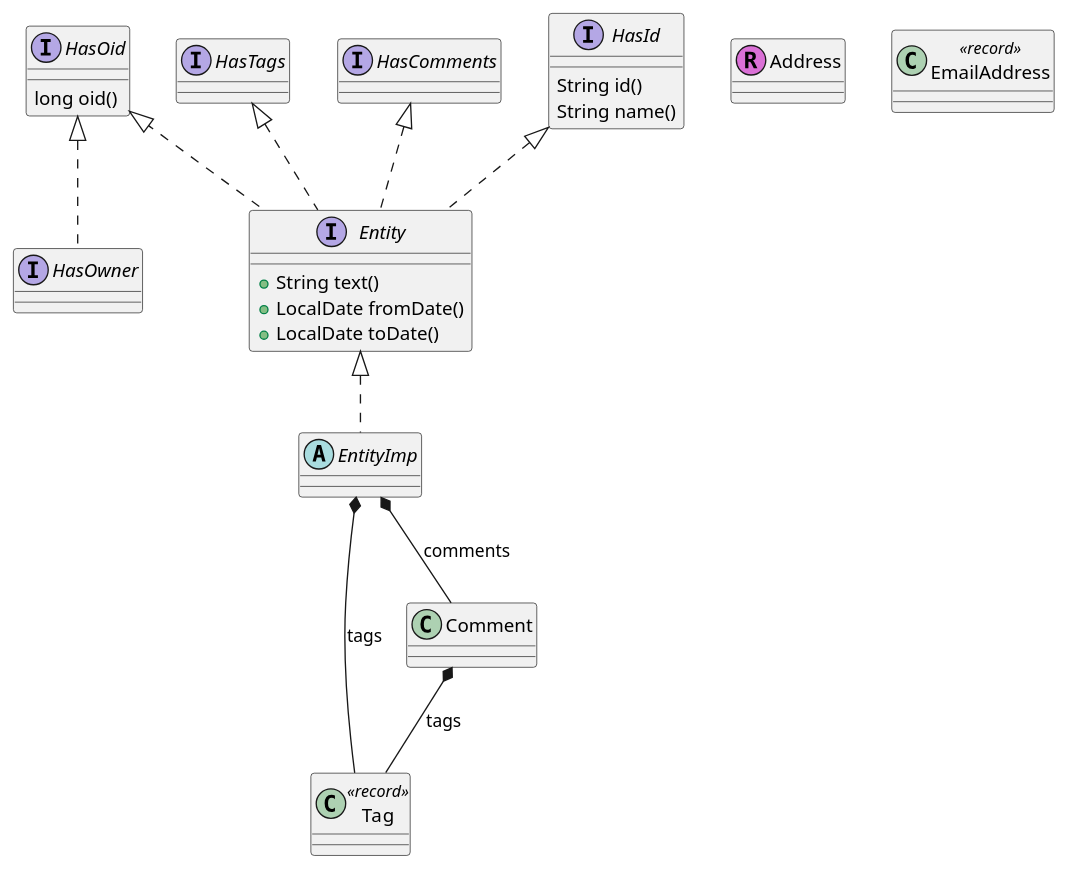
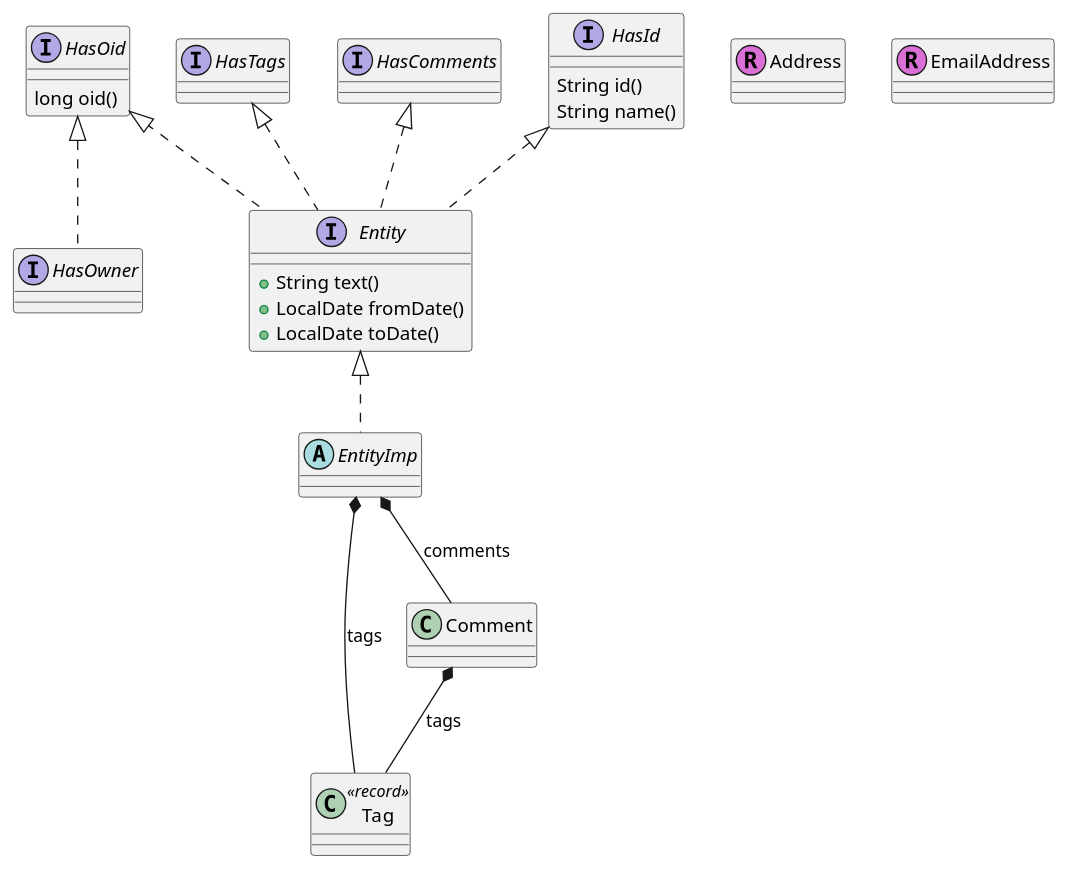
One commit to tangly-team/tangly-os changed the second of 6 diagrams in net.tangly.bus/src/site/businessModels.adoc. Above: the diagram before and after it, drawn with PlantUML. The commit also changed 236 other files, not shown here.

```diff
--- a/net.tangly.bus/src/site/businessModels.adoc
+++ b/net.tangly.bus/src/site/businessModels.adoc
@@ -82,51 +82,51 @@
 [plantuml,bus-core-uml,svg]
 ....
 @startuml
 
 interface HasId {
     String id()
     String name()
 }
 
 interface HasOid {
     long oid()
 }
 
 interface HasTags {}
 
 interface HasComments {}
 
 interface HasOwner {}
 
 HasOid <|.. HasOwner
 
 interface Entity {
     + String text()
     + LocalDate fromDate()
     + LocalDate toDate()
 }
 
 HasOid <|.. Entity
 HasId <|.. Entity
 HasTags <|.. Entity
 HasComments <|.. Entity
 
 abstract class EntityImp {}
 
 EntityImp *-- Tag : tags
 EntityImp *-- Comment : comments
 
 Entity <|.. EntityImp
 
 class Address << (R,orchid) >>
 
 class Tag <<record>>
 
 class Comment {}
 
 Comment *-- Tag : tags
 
-class EmailAddress <<record>>
+class EmailAddress << (R,orchid) >>
 
 @enduml
 ....
```
